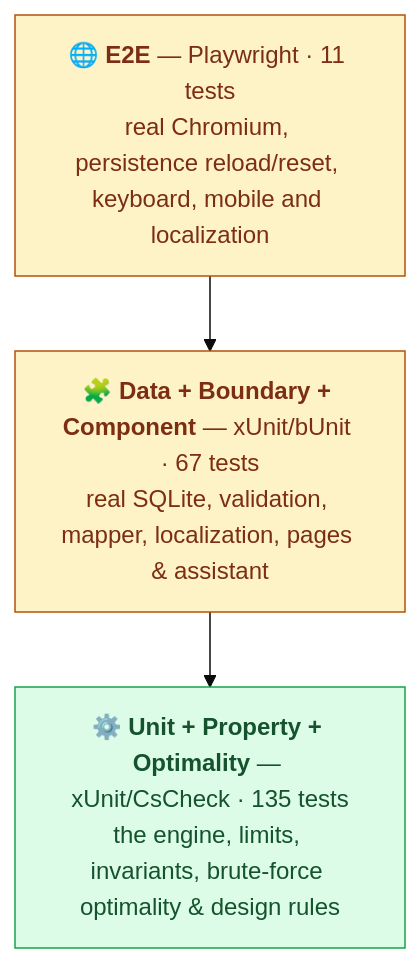
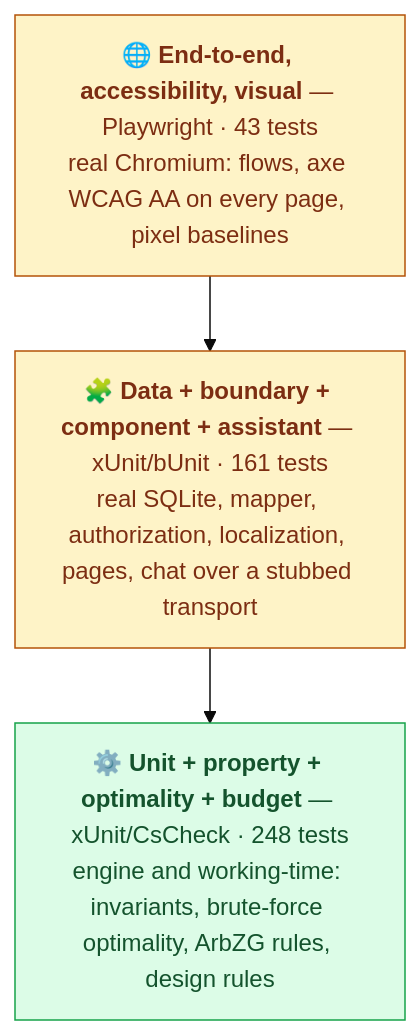
One commit to aco993/WorkPlanStudio changed the diagram in docs/TESTING.md. Above: the diagram before and after it, drawn with Mermaid (base theme). The commit also changed other lines of this file and 8 other files, not shown here.

````diff
--- a/docs/TESTING.md
+++ b/docs/TESTING.md
@@ -14,13 +13,13 @@
 ```mermaid
 graph TD
-    E2E["🌐 <b>E2E</b> — Playwright · 11 tests<br/>real Chromium, persistence reload/reset, keyboard, mobile and localization"]
-    WEB["🧩 <b>Data + Boundary + Component</b> — xUnit/bUnit · 67 tests<br/>real SQLite, validation, mapper, localization, pages &amp; assistant"]
-    UNIT["⚙️ <b>Unit + Property + Optimality</b> — xUnit/CsCheck · 135 tests<br/>the engine, limits, invariants, brute-force optimality &amp; design rules"]
+    E2E["🌐 <b>End-to-end, accessibility, visual</b> — Playwright · 43 tests<br/>real Chromium: flows, axe WCAG AA on every page, pixel baselines"]
+    WEB["🧩 <b>Data + boundary + component + assistant</b> — xUnit/bUnit · 161 tests<br/>real SQLite, mapper, authorization, localization, pages, chat over a stubbed transport"]
+    UNIT["⚙️ <b>Unit + property + optimality + budget</b> — xUnit/CsCheck · 248 tests<br/>engine and working-time: invariants, brute-force optimality, ArbZG rules, design rules"]
 
     E2E --> WEB --> UNIT
 
     classDef fast fill:#dcfce7,stroke:#16a34a,color:#14532d;
     classDef slow fill:#fef3c7,stroke:#b45309,color:#7c2d12;
     class UNIT fast;
     class WEB,E2E slow;
 ```
````
